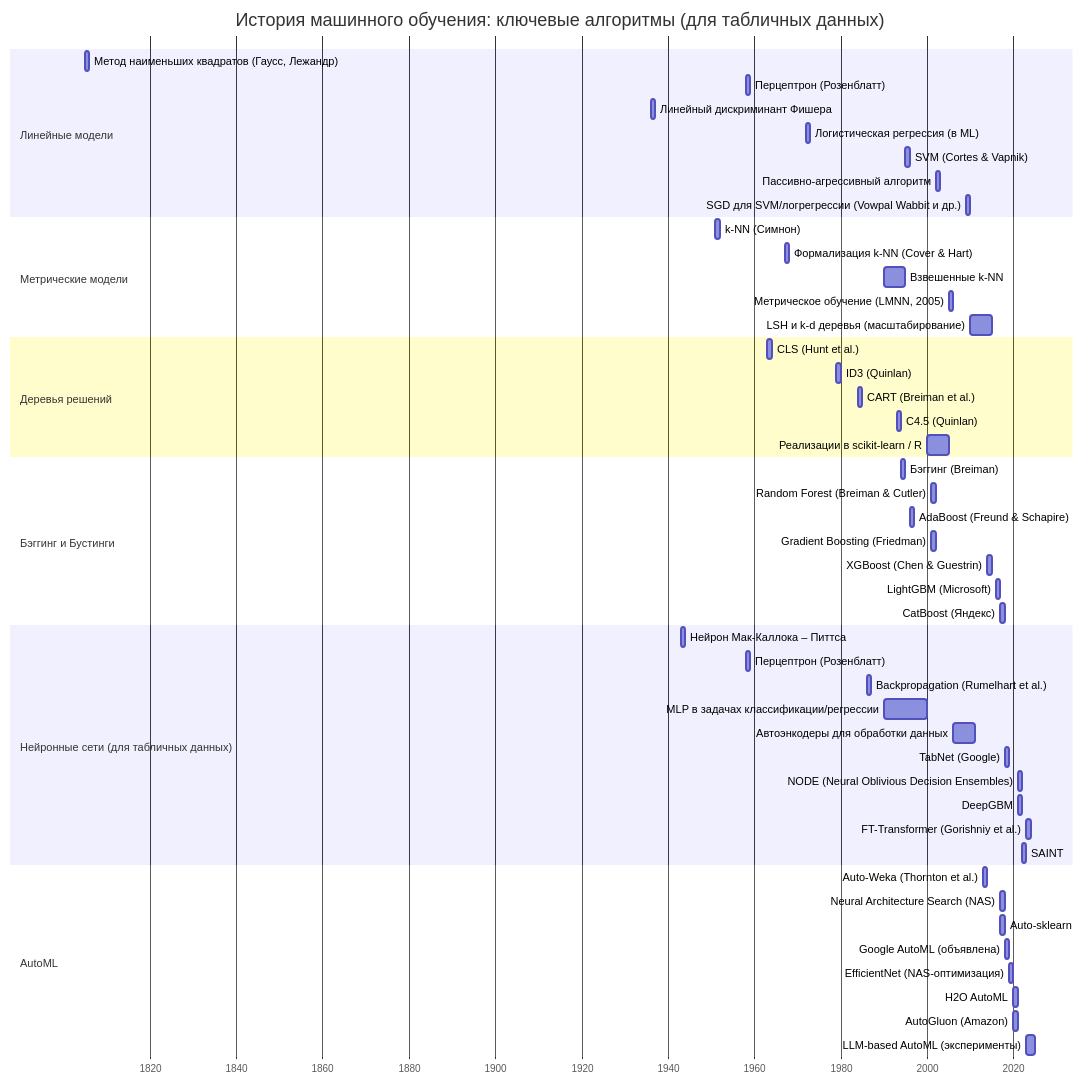
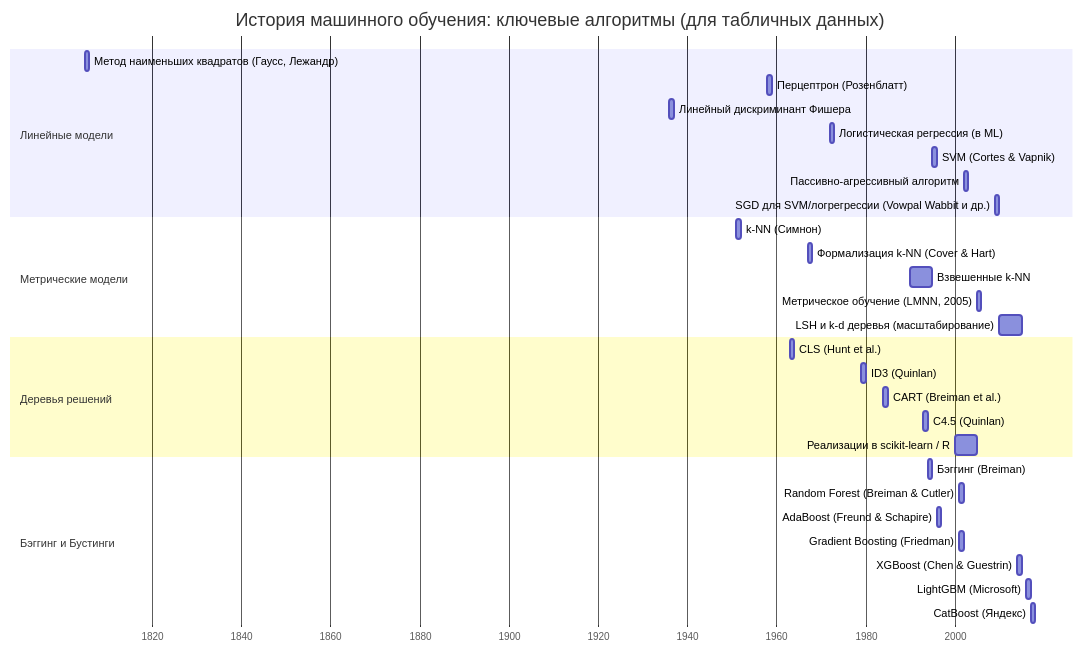
Before and after one commit to dayekb/markdown_mermaid_test: the first of 2 diagrams in mermaid/gant_ml.md, drawn with Mermaid.

````diff
--- a/mermaid/gant_ml.md
+++ b/mermaid/gant_ml.md
@@ -1,61 +1,38 @@
 ```mermaid
 
 gantt
     title История машинного обучения: ключевые алгоритмы (для табличных данных)
     dateFormat  YYYY
     axisFormat  %Y
     section Линейные модели
     Метод наименьших квадратов (Гаусс, Лежандр)        : 1805, 1y
     Перцептрон (Розенблатт)                           : 1958, 1y
     Линейный дискриминант Фишера                      : 1936, 1y
     Логистическая регрессия (в ML)                    : 1972, 1y
     SVM (Cortes & Vapnik)                             : 1995, 1y
     Пассивно-агрессивный алгоритм                     : 2002, 1y
     SGD для SVM/логрегрессии (Vowpal Wabbit и др.)    : 2009, 1y
 
     section Метрические модели
     k-NN (Симнон)                                     : 1951, 1y
     Формализация k-NN (Cover & Hart)                  : 1967, 1y
     Взвешенные k-NN                                   : 1990, 5y
     Метрическое обучение (LMNN, 2005)                 : 2005, 1y
     LSH и k-d деревья (масштабирование)               : 2010, 5y
 
     section Деревья решений
     CLS (Hunt et al.)                                 : 1963, 1y
     ID3 (Quinlan)                                     : 1979, 1y
     CART (Breiman et al.)                             : 1984, 1y
     C4.5 (Quinlan)                                    : 1993, 1y
     Реализации в scikit-learn / R                     : 2000, 5y
 
     section Бэггинг и Бустинги
     Бэггинг (Breiman)                                 : 1994, 1y
     Random Forest (Breiman & Cutler)                  : 2001, 1y
     AdaBoost (Freund & Schapire)                      : 1996, 1y
     Gradient Boosting (Friedman)                      : 2001, 1y
     XGBoost (Chen & Guestrin)                         : 2014, 1y
     LightGBM (Microsoft)                              : 2016, 1y
     CatBoost (Яндекс)                                 : 2017, 1y
-
-    section Нейронные сети (для табличных данных)
-    Нейрон Мак-Каллока – Питтса                       : 1943, 1y
-    Перцептрон (Розенблатт)                          : 1958, 1y
-    Backpropagation (Rumelhart et al.)                : 1986, 1y
-    MLP в задачах классификации/регрессии             : 1990, 10y
-    Автоэнкодеры для обработки данных                 : 2006, 5y
-    TabNet (Google)                                   : 2018, 1y
-    NODE (Neural Oblivious Decision Ensembles)        : 2021, 1y
-    DeepGBM                                           : 2021, 1y
-    FT-Transformer (Gorishniy et al.)                 : 2023, 1y
-    SAINT                                             : 2022, 1y
-
-    section AutoML
-    Auto-Weka (Thornton et al.)                       : 2013, 1y
-    Neural Architecture Search (NAS)                  : 2017, 1y
-    Auto-sklearn                                      : 2017, 1y
-    Google AutoML (объявлена)                         : 2018, 1y
-    EfficientNet (NAS-оптимизация)                    : 2019, 1y
-    H2O AutoML                                        : 2020, 1y
-    AutoGluon (Amazon)                                : 2020, 1y
-    LLM-based AutoML (эксперименты)                   : 2023, 2y
-
 ```
````
